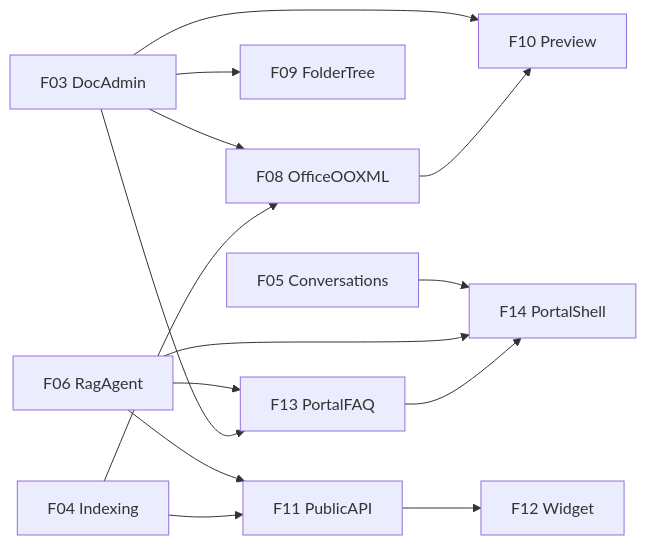
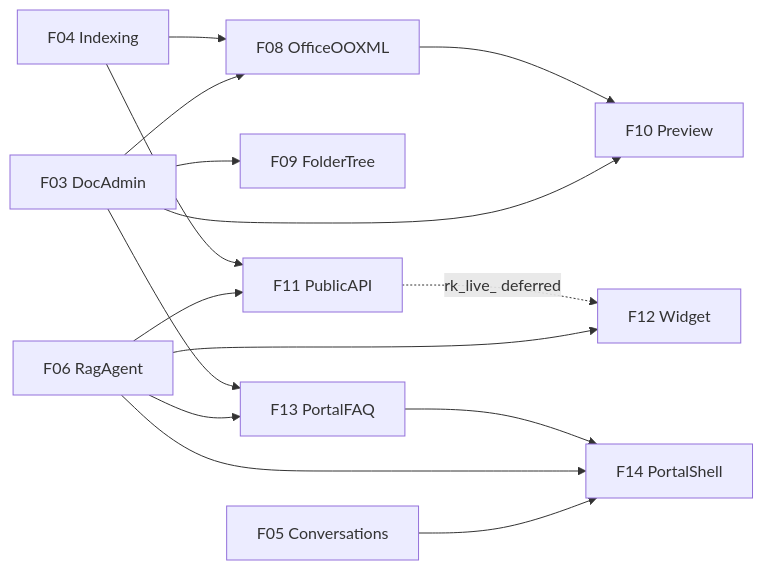
The diagram in docs/specs/phase2/01-feature-list.md (zmisi/rag-as-service), drawn with Mermaid before and after one commit. The commit also changed other lines of this file and 30 other files, not shown here.

````diff
--- a/docs/specs/phase2/01-feature-list.md
+++ b/docs/specs/phase2/01-feature-list.md
@@ -16,16 +16,17 @@
 ```mermaid
 flowchart LR
   F03[F03 DocAdmin] --> F08[F08 OfficeOOXML]
   F04[F04 Indexing] --> F08
   F03 --> F09[F09 FolderTree]
   F03 --> F10[F10 Preview]
   F08 --> F10
   F06[F06 RagAgent] --> F11[F11 PublicAPI]
   F04 --> F11
-  F11 --> F12[F12 Widget]
+  F06 --> F12[F12 Widget]
+  F11 -.->|rk_live_ deferred| F12
   F06 --> F13[F13 PortalFAQ]
   F03 --> F13
   F05[F05 Conversations] --> F14[F14 PortalShell]
   F06 --> F14
   F13 --> F14
 ```
````
